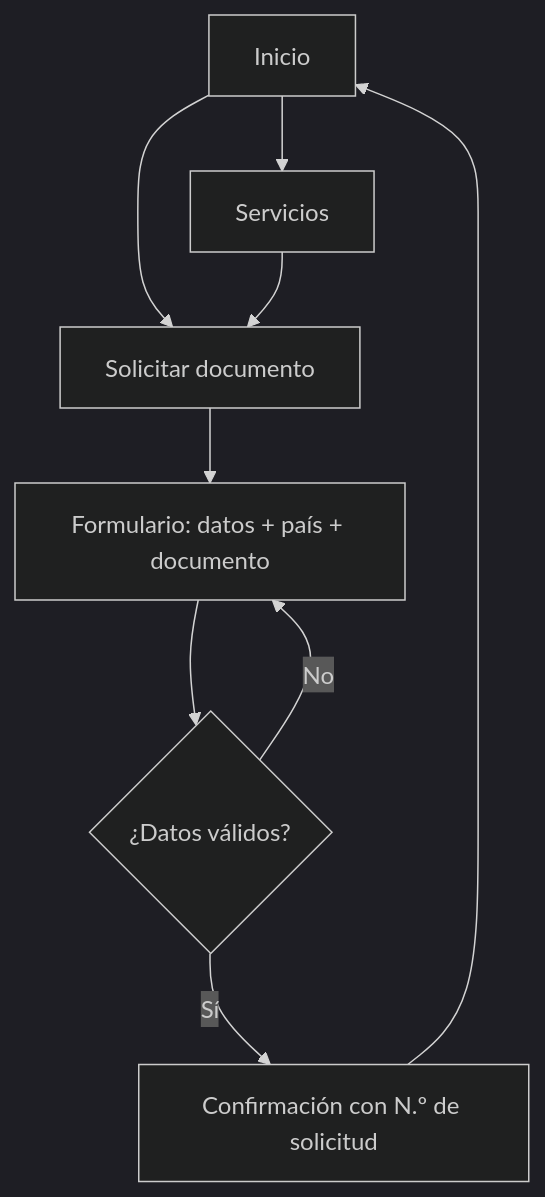
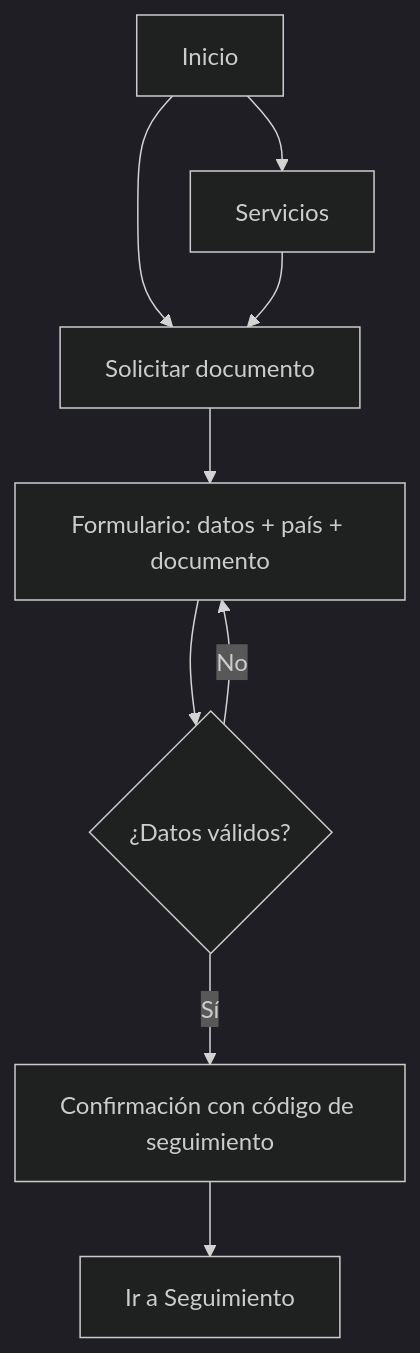
Before and after one commit to Androx2000/AliadaLegal-DAS901: the sixth of 7 diagrams in docs/ux/flujos-navegacion.md, drawn with Mermaid (dark theme). The commit also changed other lines of this file and 4 other files, not shown here.

````diff
--- a/docs/ux/flujos-navegacion.md
+++ b/docs/ux/flujos-navegacion.md
@@ -58,11 +89,11 @@
 ```mermaid
 flowchart TD
     P1[Inicio] --> P2[Servicios]
     P1 --> P3[Solicitar documento]
     P2 --> P3
     P3 --> P4[Formulario: datos + país + documento]
     P4 --> P5{¿Datos válidos?}
     P5 -- No --> P4
-    P5 -- Sí --> P6[Confirmación con N.º de solicitud]
-    P6 --> P1
+    P5 -- Sí --> P6[Confirmación con código de seguimiento]
+    P6 --> P7[Ir a Seguimiento]
 ```
````
